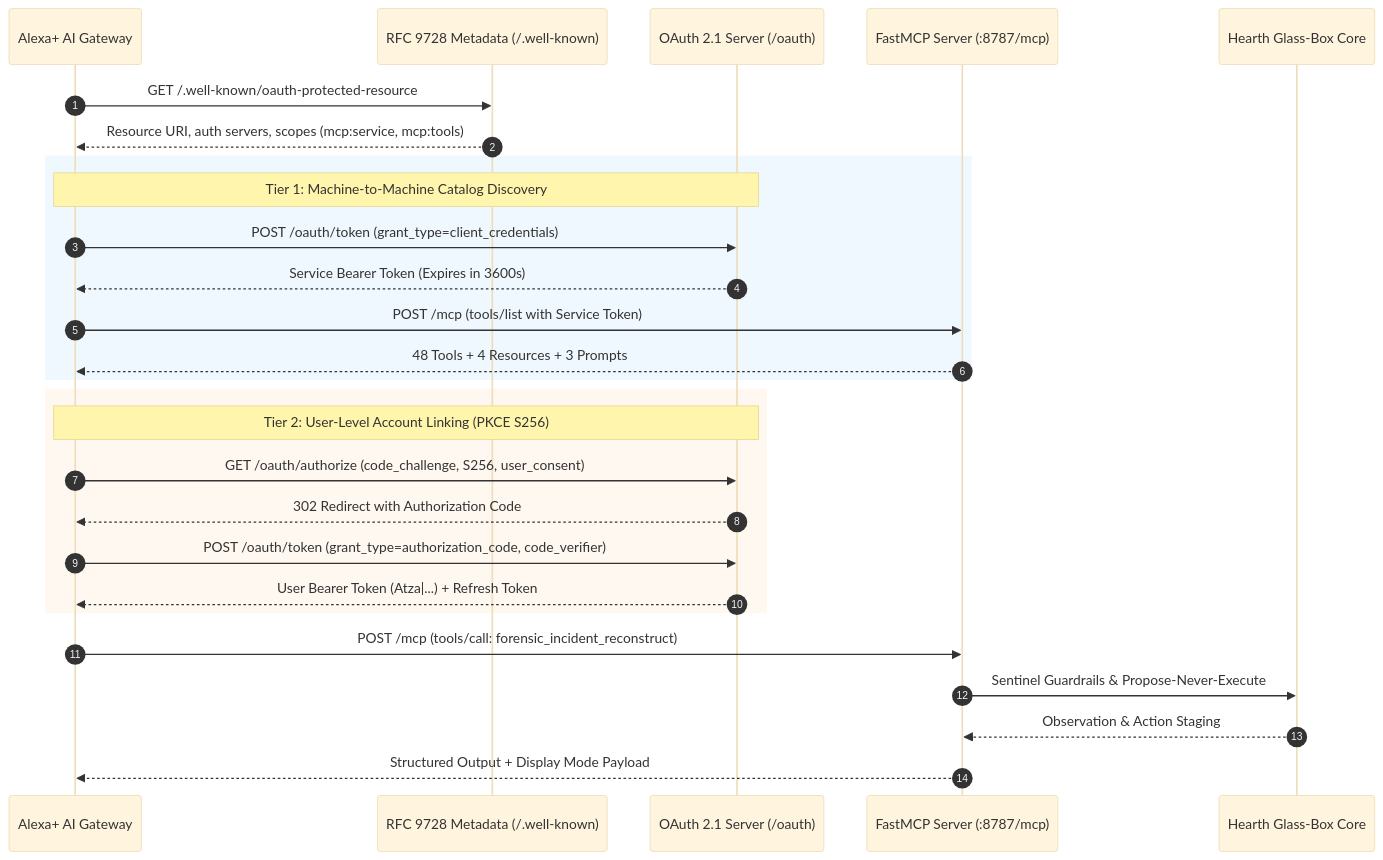
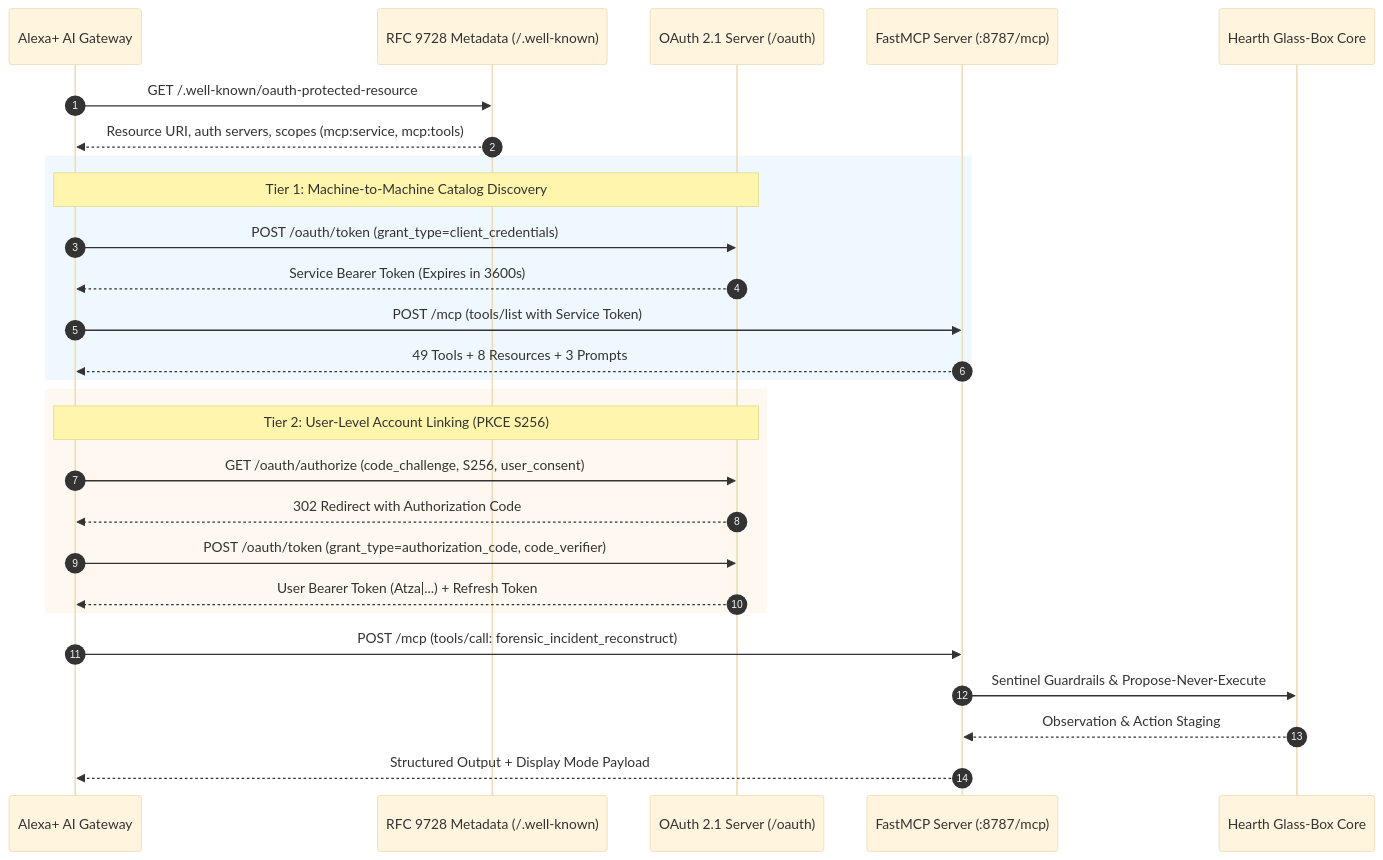
Before and after one commit to krishivjoshi219-collab/Hearth-Universal: the second of 2 diagrams in README.md, drawn with Mermaid (base theme). The commit also changed other lines of this file and 48 other files, not shown here.

````diff
--- a/README.md
+++ b/README.md
@@ -234,33 +234,33 @@
 ```mermaid
 sequenceDiagram
     autonumber
     participant Alexa as Alexa+ AI Gateway
     participant PRM as RFC 9728 Metadata (/.well-known)
     participant OAuth as OAuth 2.1 Server (/oauth)
     participant MCP as FastMCP Server (:8787/mcp)
     participant Hearth as Hearth Glass-Box Core
 
     Alexa->>PRM: GET /.well-known/oauth-protected-resource
     PRM-->>Alexa: Resource URI, auth servers, scopes (mcp:service, mcp:tools)
     
     rect rgb(240, 248, 255)
     Note over Alexa,OAuth: Tier 1: Machine-to-Machine Catalog Discovery
     Alexa->>OAuth: POST /oauth/token (grant_type=client_credentials)
     OAuth-->>Alexa: Service Bearer Token (Expires in 3600s)
     Alexa->>MCP: POST /mcp (tools/list with Service Token)
-    MCP-->>Alexa: 48 Tools + 4 Resources + 3 Prompts
+    MCP-->>Alexa: 49 Tools + 8 Resources + 3 Prompts
     end
 
     rect rgb(255, 248, 240)
     Note over Alexa,OAuth: Tier 2: User-Level Account Linking (PKCE S256)
     Alexa->>OAuth: GET /oauth/authorize (code_challenge, S256, user_consent)
     OAuth-->>Alexa: 302 Redirect with Authorization Code
     Alexa->>OAuth: POST /oauth/token (grant_type=authorization_code, code_verifier)
     OAuth-->>Alexa: User Bearer Token (Atza|...) + Refresh Token
     end
 
     Alexa->>MCP: POST /mcp (tools/call: forensic_incident_reconstruct)
     MCP->>Hearth: Sentinel Guardrails & Propose-Never-Execute
     Hearth-->>MCP: Observation & Action Staging
     MCP-->>Alexa: Structured Output + Display Mode Payload
 ```
````
